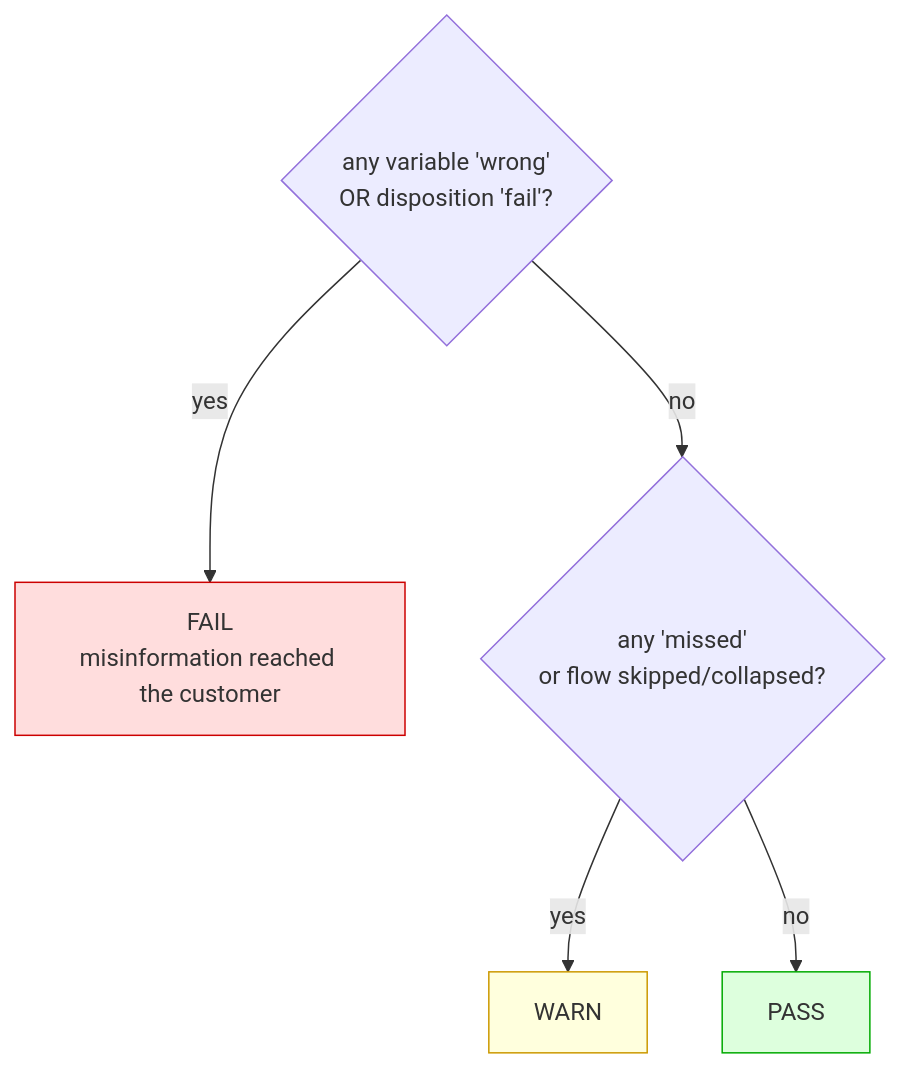
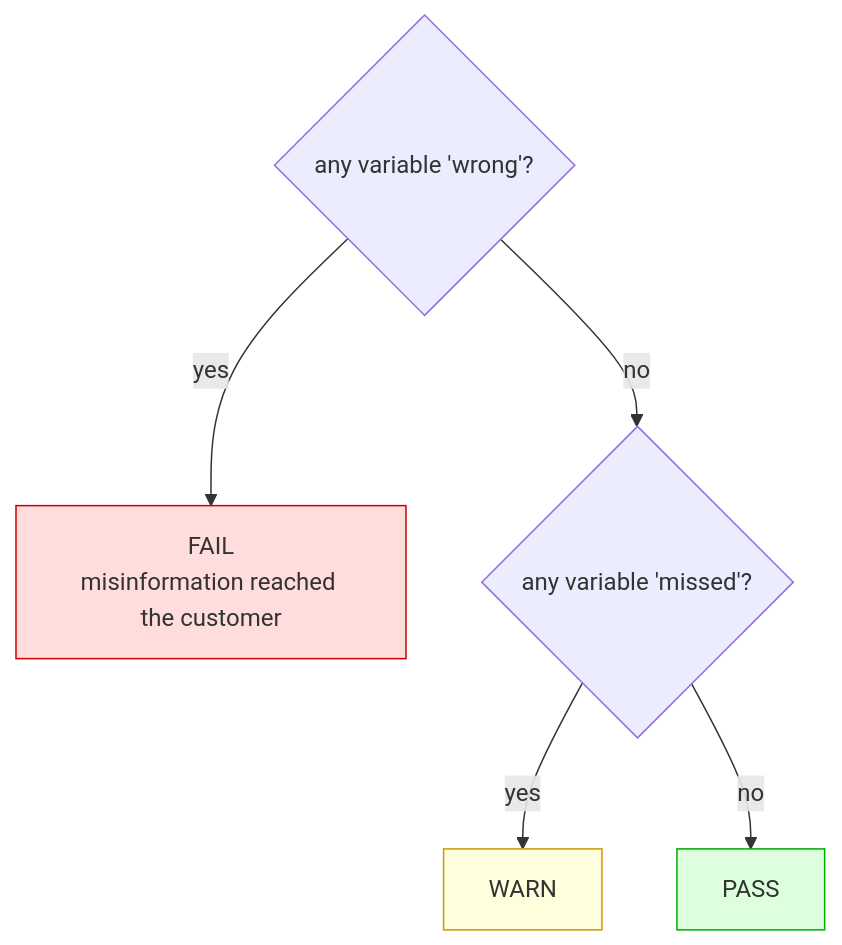
Before and after one commit to preetham-au/ai-callaudits: the fourth of 6 diagrams in docs/architecture.md, drawn with Mermaid. The commit also changed other lines of this file and 15 other files, not shown here.

````diff
--- a/docs/architecture.md
+++ b/docs/architecture.md
@@ -380,12 +404,12 @@
 ```mermaid
 flowchart TD
-    G1{"any variable 'wrong'<br/>OR disposition 'fail'?"}
+    G1{"any variable 'wrong'?"}
     G1 -->|yes| GF["FAIL<br/>misinformation reached the customer"]
-    G1 -->|no| G2{"any 'missed'<br/>or flow skipped/collapsed?"}
+    G1 -->|no| G2{"any variable 'missed'?"}
     G2 -->|yes| GW["WARN"]
     G2 -->|no| GP["PASS"]
 
     style GF fill:#fdd,stroke:#c00
     style GW fill:#ffd,stroke:#c90
     style GP fill:#dfd,stroke:#0a0
 ```
````
